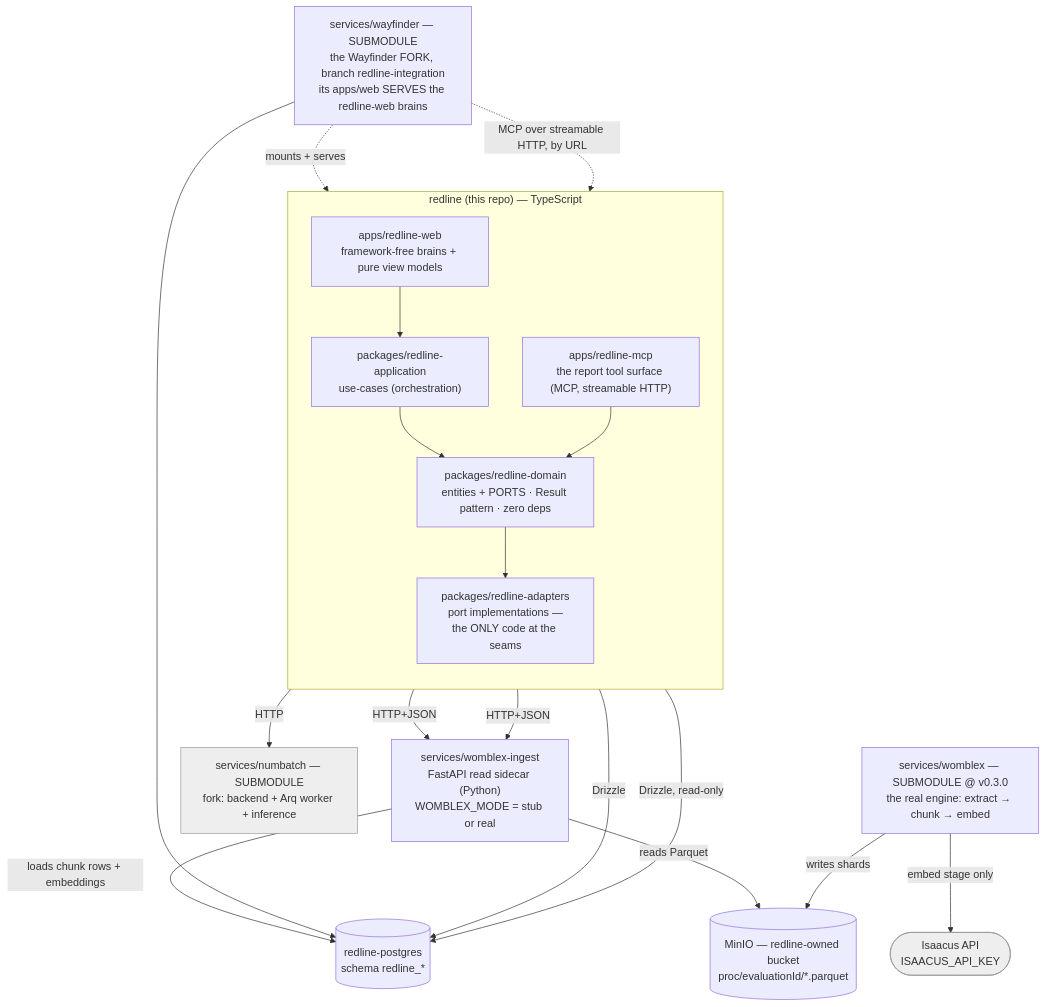
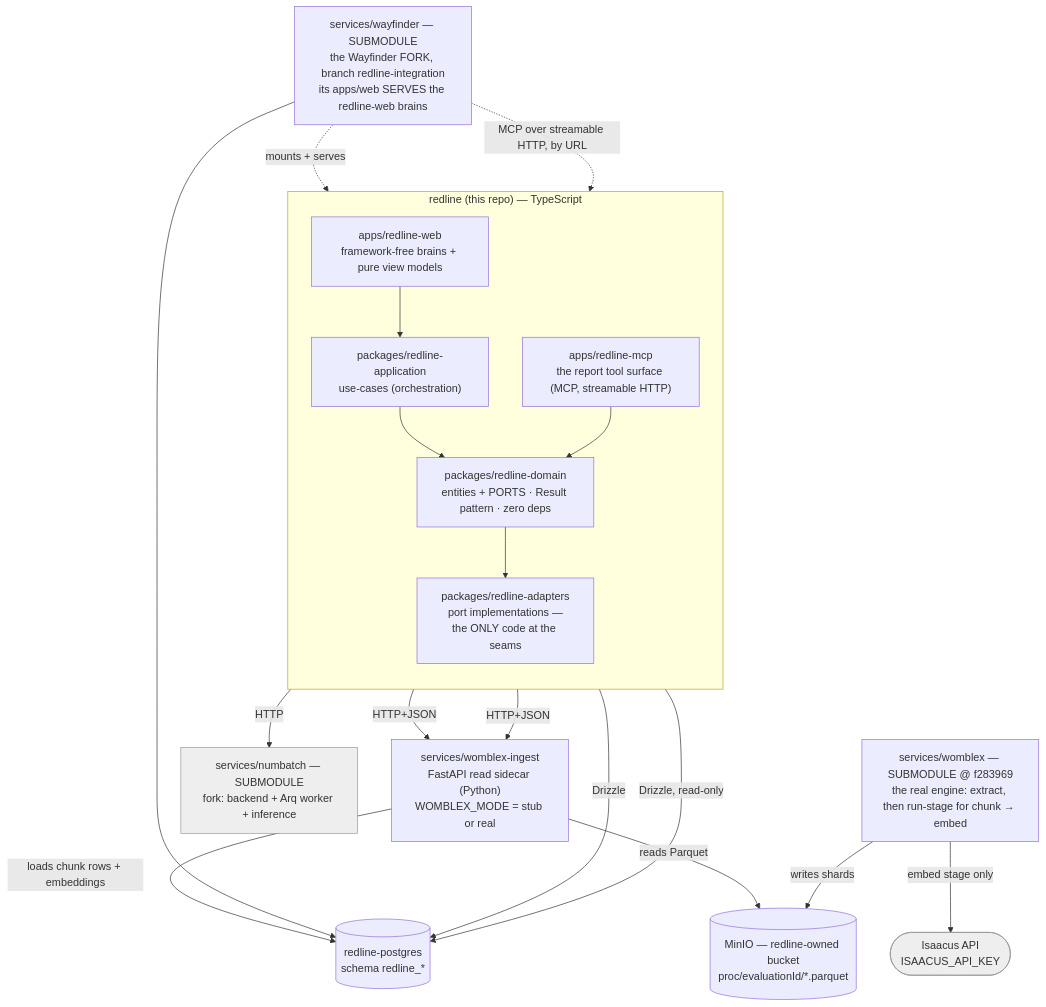
The first of 2 diagrams in docs/architecture.md (DeepCivic/Redline), drawn with Mermaid before and after one commit. The commit also changed other lines of this file and 5 other files, not shown here.

First line of the commit message:
docs(womblex): record the run-stage pin, and keep check 13 alive on it

````diff
--- a/docs/architecture.md
+++ b/docs/architecture.md
@@ -97,34 +97,34 @@
 ```mermaid
 flowchart TB
     subgraph rl["redline (this repo) — TypeScript"]
         direction TB
         web["apps/redline-web<br/>framework-free brains + pure view models"]
         mcp["apps/redline-mcp<br/>the report tool surface (MCP, streamable HTTP)"]
         app["packages/redline-application<br/>use-cases (orchestration)"]
         dom["packages/redline-domain<br/>entities + PORTS · Result pattern · zero deps"]
         adp["packages/redline-adapters<br/>port implementations —<br/>the ONLY code at the seams"]
         web --> app --> dom --> adp
         mcp --> dom
     end
 
     adp -->|HTTP+JSON| sidecar["services/womblex-ingest<br/>FastAPI read sidecar (Python)<br/>WOMBLEX_MODE = stub or real"]
     adp -->|HTTP| numbatch["services/numbatch — SUBMODULE<br/>fork: backend + Arq worker + inference"]
     adp -->|Drizzle| pg[("redline-postgres<br/>schema redline_*")]
 
     sidecar -->|reads Parquet| minio[("MinIO — redline-owned bucket<br/>proc/evaluationId/*.parquet")]
     sidecar -->|loads chunk rows + embeddings| pg
-    engine["services/womblex — SUBMODULE @ v0.3.0<br/>the real engine: extract → chunk → embed"]
+    engine["services/womblex — SUBMODULE @ f283969<br/>the real engine: extract, then run-stage for chunk → embed"]
     engine -->|writes shards| minio
     engine -->|embed stage only| isaacus(["Isaacus API<br/>ISAACUS_API_KEY"])
 
     mcp -->|Drizzle, read-only| pg
     mcp -->|HTTP+JSON| sidecar
 
     fork["services/wayfinder — SUBMODULE<br/>the Wayfinder FORK, branch redline-integration<br/>its apps/web SERVES the redline-web brains"]
     fork -.->|mounts + serves| web
     fork -.->|MCP over streamable HTTP, by URL| mcp
     fork --> pg
 
     classDef ext fill:#eee,stroke:#999,color:#333
     class isaacus,numbatch ext
 ```
````
